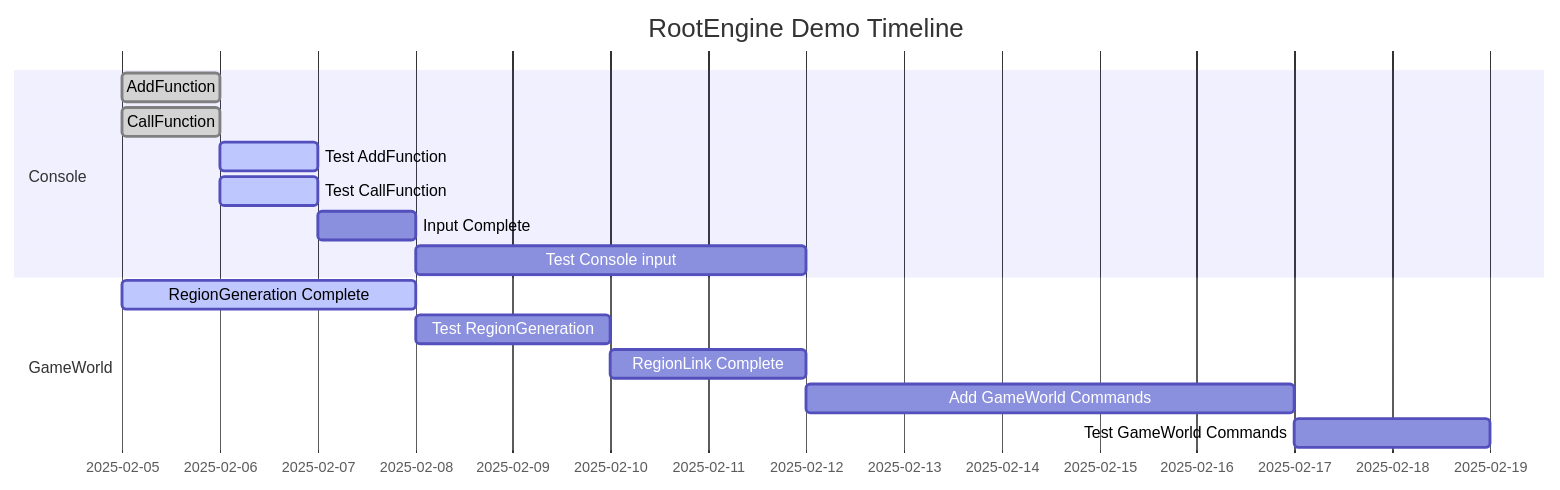
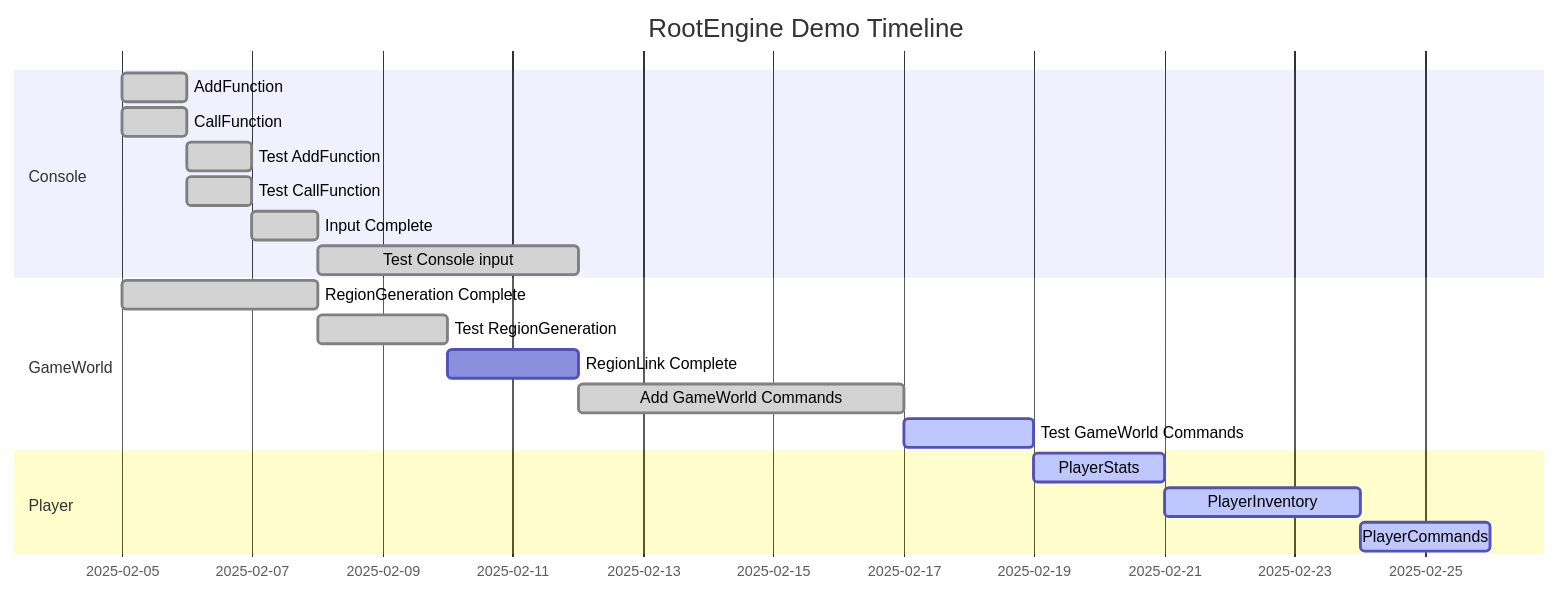
The diagram in ReadMe.md (senrik/RootEngine), drawn with Mermaid before and after one commit.

Commit message:
Updated Gantt chart and added Player Section

````diff
--- a/ReadMe.md
+++ b/ReadMe.md
@@ -1,20 +1,23 @@
 ```mermaid
 gantt
     title RootEngine Demo Timeline
     dateFormat DD-MM-YYYY
     section Console
         AddFunction: done, a1, 05-02-2025, 1d
         CallFunction: done, a2, 05-02-2025, 1d
-        Test AddFunction: active, after a2, 1d
-        Test CallFunction: active, after a2, 1d
-        Input Complete: 1d
-        Test Console input : 4d
+        Test AddFunction: done, after a2, 1d
+        Test CallFunction: done, after a2, 1d
+        Input Complete: done, 1d
+        Test Console input : done, 4d
     section GameWorld
-        RegionGeneration Complete: active, b1, 05-02-2025, 3d
-        Test RegionGeneration: after b1, 2d 
+        RegionGeneration Complete: done, b1, 05-02-2025, 3d
+        Test RegionGeneration: done, after b1, 2d 
         RegionLink Complete: 2d
-        Add GameWorld Commands: 5d
-        Test GameWorld Commands: 2d
-        
+        Add GameWorld Commands: done, 5d
+        Test GameWorld Commands: active, 2d
+    section Player
+        PlayerStats: active, 2d
+        PlayerInventory: active, 3d
+        PlayerCommands: active, 2d
 
 ```
````
